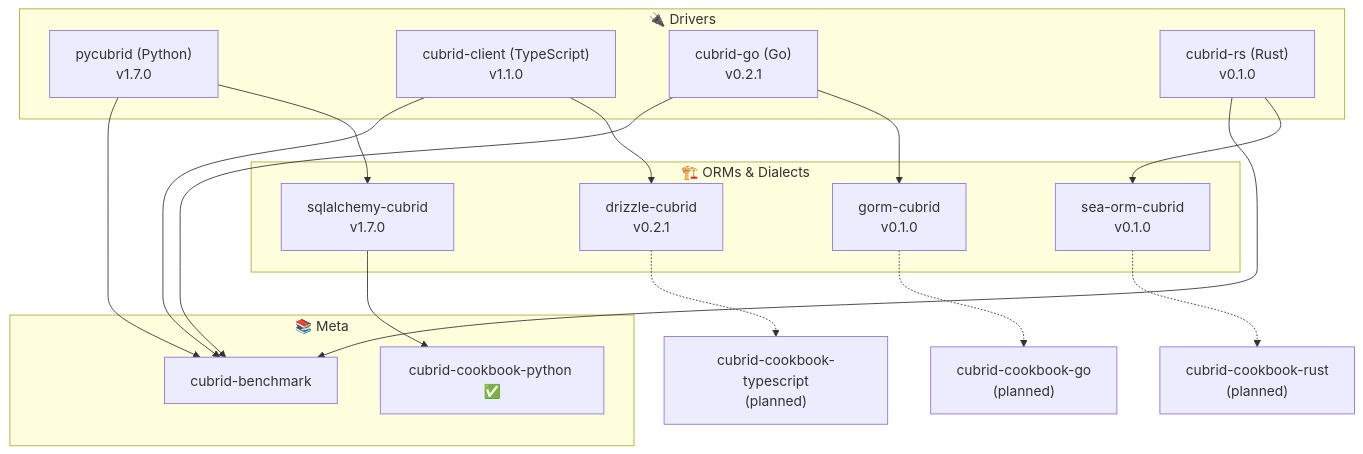
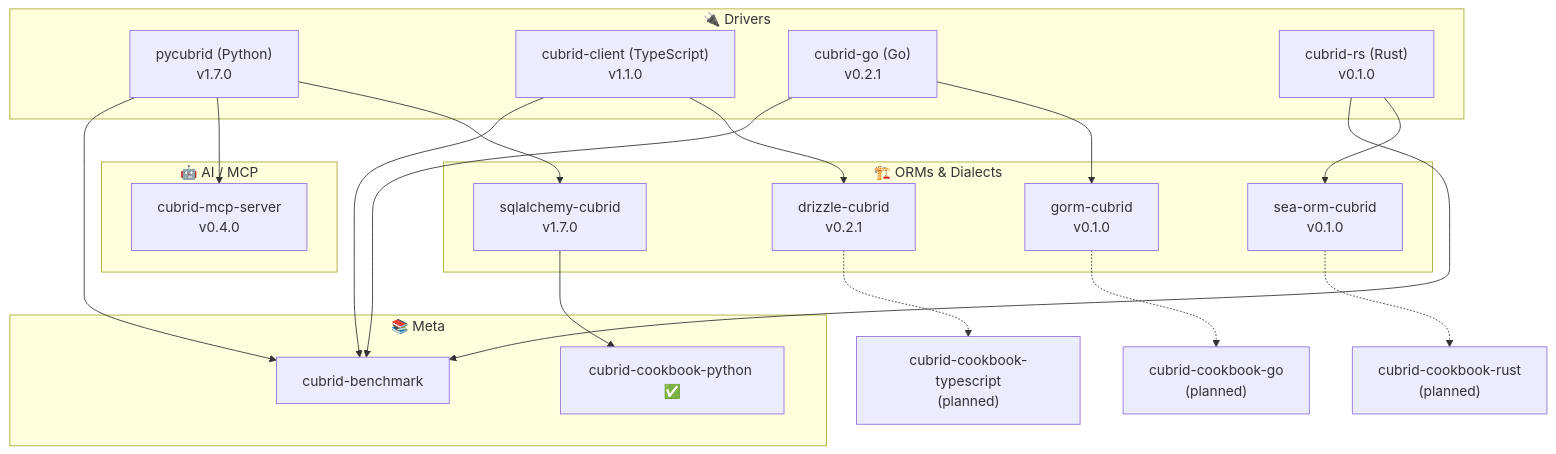
Before and after one commit to cubrid-lab/.github: the first of 2 diagrams in ROADMAP.md, drawn with Mermaid. The commit also changed other lines of this file, not shown here.

First line of the commit message:
docs: update ecosystem roadmap to 2026-09-12 state (#40)

````diff
--- a/ROADMAP.md
+++ b/ROADMAP.md
@@ -15,36 +15,41 @@
 ```mermaid
 graph TD
     subgraph Drivers["🔌 Drivers"]
         pycubrid["pycubrid (Python)\nv1.7.0"]
         cubrid_client["cubrid-client (TypeScript)\nv1.1.0"]
         cubrid_go["cubrid-go (Go)\nv0.2.1"]
         cubrid_rs["cubrid-rs (Rust)\nv0.1.0"]
+    end
+
+    subgraph AI["🤖 AI / MCP"]
+        mcp["cubrid-mcp-server\nv0.4.0"]
     end
 
     subgraph ORMs["🏗️ ORMs & Dialects"]
         sqlalchemy["sqlalchemy-cubrid\nv1.7.0"]
         drizzle["drizzle-cubrid\nv0.2.1"]
         gorm["gorm-cubrid\nv0.1.0"]
         sea_orm["sea-orm-cubrid\nv0.1.0"]
     end
 
     subgraph Meta["📚 Meta"]
         cookbook_py["cubrid-cookbook-python ✅"]
         benchmark["cubrid-benchmark"]
     end
 
     pycubrid --> sqlalchemy
     cubrid_client --> drizzle
     cubrid_go --> gorm
     cubrid_rs --> sea_orm
 
     sqlalchemy --> cookbook_py
+    pycubrid --> mcp
     drizzle -.-> cookbook_ts["cubrid-cookbook-typescript\n(planned)"]
     gorm -.-> cookbook_go["cubrid-cookbook-go\n(planned)"]
     sea_orm -.-> cookbook_rs["cubrid-cookbook-rust\n(planned)"]
 
     pycubrid --> benchmark
     cubrid_client --> benchmark
     cubrid_go --> benchmark
     cubrid_rs --> benchmark
 ```
````
